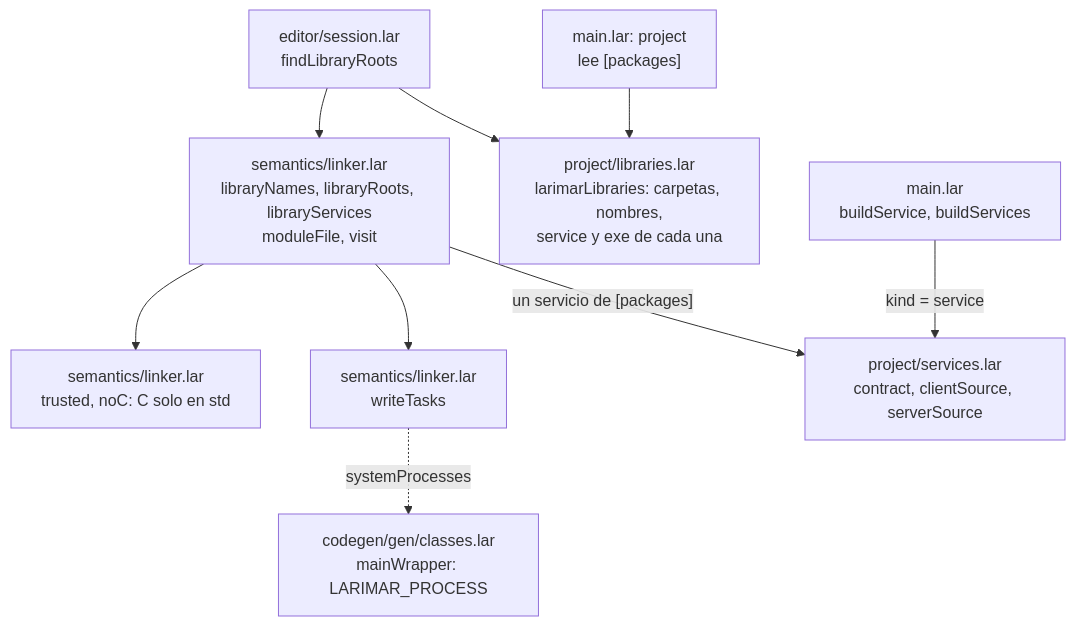
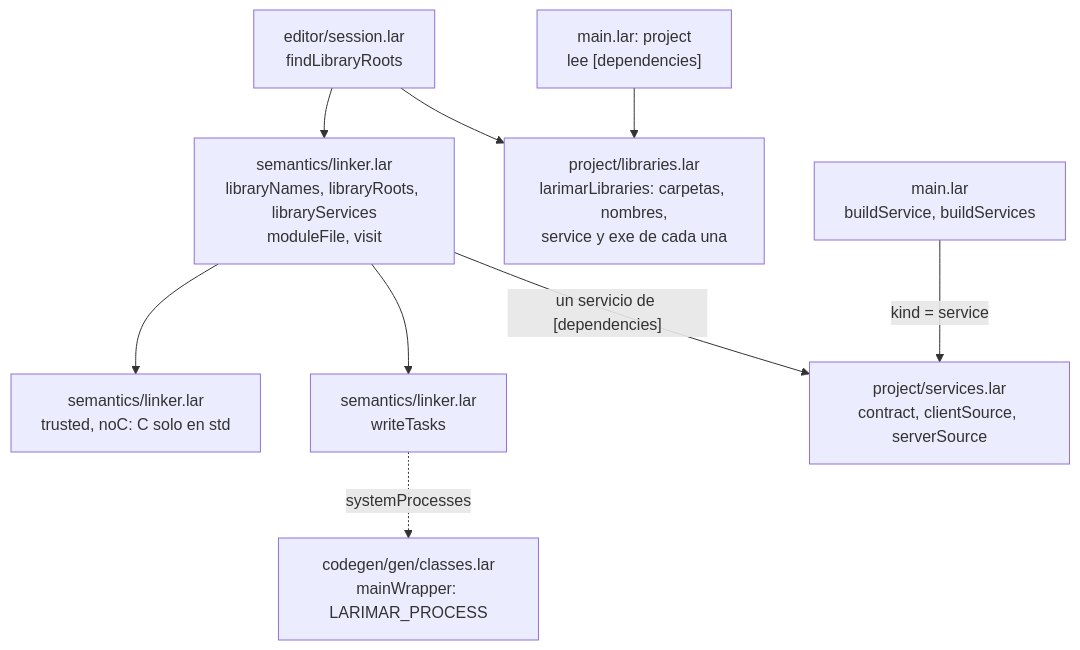
The first of 7 diagrams in docs/compiler-libraries.es.md (zerh/larimar), drawn with Mermaid before and after one commit. The commit also changed other lines of this file and 102 other files, not shown here.

````diff
--- a/docs/compiler-libraries.es.md
+++ b/docs/compiler-libraries.es.md
@@ -40,20 +42,20 @@
 ```mermaid
 flowchart TB
-    toml["main.lar: project<br/>lee [packages]"]
+    toml["main.lar: project<br/>lee [dependencies]"]
     libs["project/libraries.lar<br/>larimarLibraries: carpetas, nombres,<br/>service y exe de cada una"]
     session["editor/session.lar<br/>findLibraryRoots"]
     linker["semantics/linker.lar<br/>libraryNames, libraryRoots, libraryServices<br/>moduleFile, visit"]
     services["project/services.lar<br/>contract, clientSource, serverSource"]
     tasks["semantics/linker.lar<br/>writeTasks"]
     main["main.lar<br/>buildService, buildServices"]
     wrapper["codegen/gen/classes.lar<br/>mainWrapper: LARIMAR_PROCESS"]
     toml --> libs
     session --> libs
     session --> linker
-    linker -- "un servicio de [packages]" --> services
+    linker -- "un servicio de [dependencies]" --> services
     main -- "kind = service" --> services
     linker --> tasks
     tasks -. systemProcesses .-> wrapper
     rule["semantics/linker.lar<br/>trusted, noC: C solo en std"]
     linker --> rule
 ```
````
